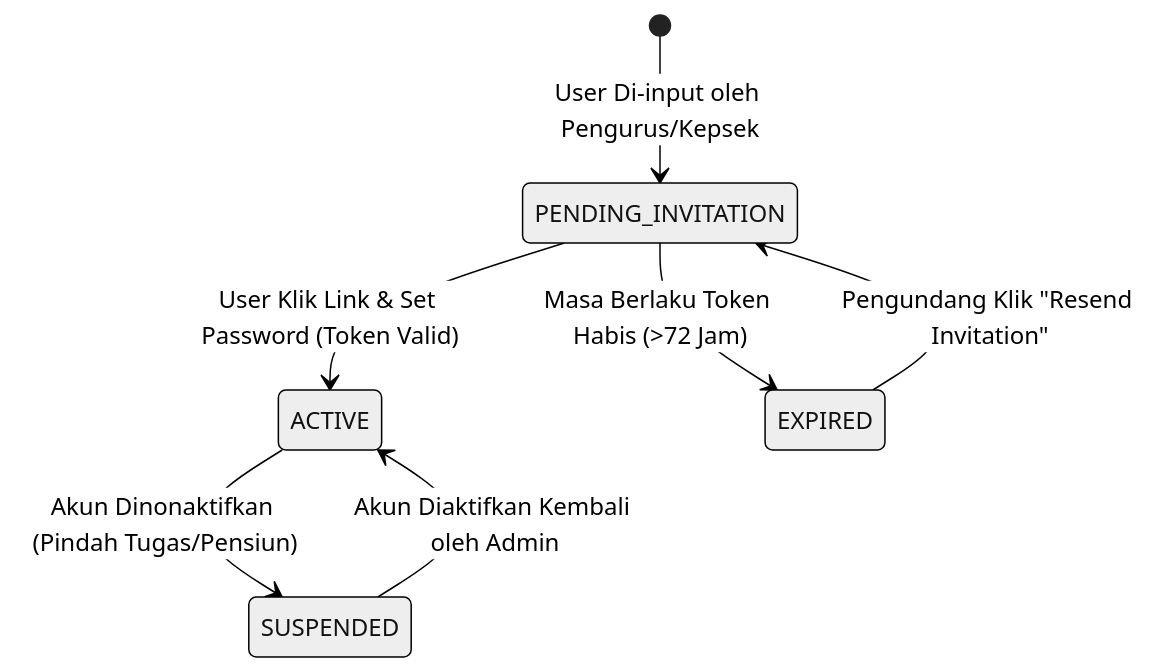
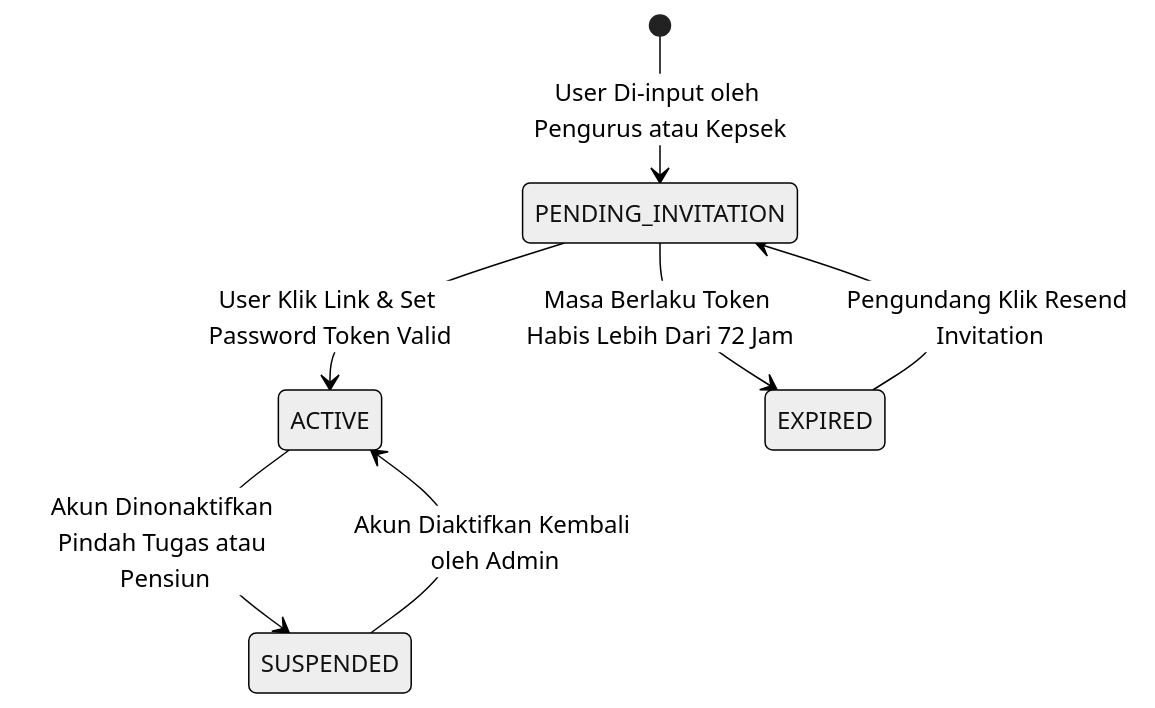
One commit to Hnzsama/supervisi_sekolah changed the third of 3 diagrams in docs/13-alur-pendaftaran-dan-invitasi-user.md. Above: the diagram before and after it, drawn with Mermaid (neutral theme). The commit also changed other lines of this file and 3 other files, not shown here.

Commit message:
fix(docs): perbaiki sintaks diagram Mermaid pada dokumen 01, 06, dan 13

````diff
--- a/docs/13-alur-pendaftaran-dan-invitasi-user.md
+++ b/docs/13-alur-pendaftaran-dan-invitasi-user.md
@@ -112,9 +112,9 @@
 ```mermaid
 stateDiagram-v2
-    [*] --> PENDING_INVITATION : User Di-input oleh Pengurus/Kepsek
-    PENDING_INVITATION --> ACTIVE : User Klik Link & Set Password (Token Valid)
-    PENDING_INVITATION --> EXPIRED : Masa Berlaku Token Habis (>72 Jam)
-    EXPIRED --> PENDING_INVITATION : Pengundang Klik "Resend Invitation"
-    ACTIVE --> SUSPENDED : Akun Dinonaktifkan (Pindah Tugas/Pensiun)
+    [*] --> PENDING_INVITATION : User Di-input oleh Pengurus atau Kepsek
+    PENDING_INVITATION --> ACTIVE : User Klik Link & Set Password Token Valid
+    PENDING_INVITATION --> EXPIRED : Masa Berlaku Token Habis Lebih Dari 72 Jam
+    EXPIRED --> PENDING_INVITATION : Pengundang Klik Resend Invitation
+    ACTIVE --> SUSPENDED : Akun Dinonaktifkan Pindah Tugas atau Pensiun
     SUSPENDED --> ACTIVE : Akun Diaktifkan Kembali oleh Admin
 ```
````
